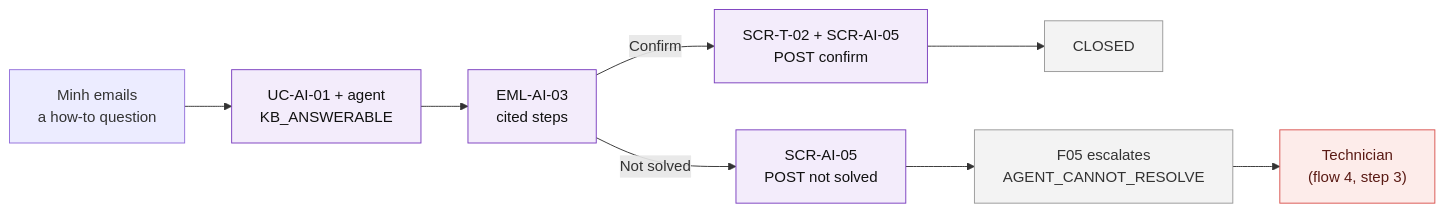
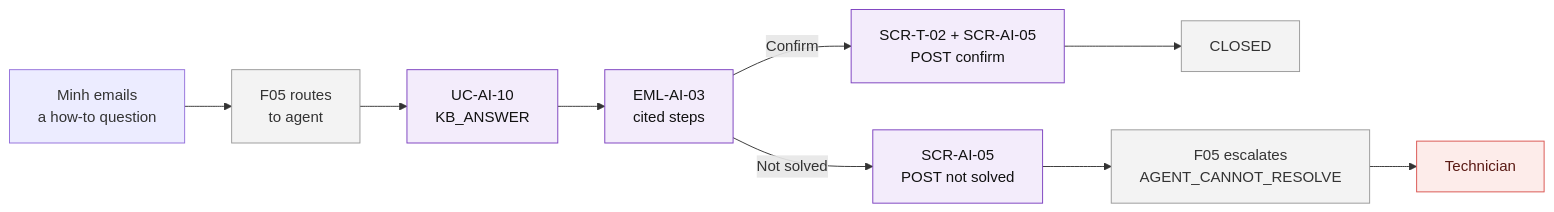
Before and after one commit to Akaza-ban/Fable: the second of 7 diagrams in docs/f04-ai-ticket-processing/information-architecture/02-user-flows.md, drawn with Mermaid. The commit also changed other lines of this file and 9 other files, not shown here.

First line of the commit message:
docs(F04): re-scope to processing after the new mind map (F05 routes, F04 processes)

````diff
--- a/docs/f04-ai-ticket-processing/information-architecture/02-user-flows.md
+++ b/docs/f04-ai-ticket-processing/information-architecture/02-user-flows.md
@@ -39,17 +41,18 @@
 ```mermaid
 flowchart LR
-    a["Minh emails<br/>a how-to question"] --> b["UC-AI-01 + agent<br/>KB_ANSWERABLE"]
-    b --> c["EML-AI-03<br/>cited steps"]
-    c -- "Confirm" --> d["SCR-T-02 + SCR-AI-05<br/>POST confirm"]
-    d --> e["CLOSED"]
-    c -- "Not solved" --> f["SCR-AI-05<br/>POST not solved"]
-    f --> g["F05 escalates<br/>AGENT_CANNOT_RESOLVE"]
-    g --> h["Technician<br/>(flow 4, step 3)"]
+    a["Minh emails<br/>a how-to question"] --> b["F05 routes<br/>to agent"]
+    b --> c["UC-AI-10<br/>KB_ANSWER"]
+    c --> d["EML-AI-03<br/>cited steps"]
+    d -- "Confirm" --> e["SCR-T-02 + SCR-AI-05<br/>POST confirm"]
+    e --> f["CLOSED"]
+    d -- "Not solved" --> g["SCR-AI-05<br/>POST not solved"]
+    g --> h["F05 escalates<br/>AGENT_CANNOT_RESOLVE"]
+    h --> i["Technician"]
 
     classDef f04 fill:#f3ecfb,color:#111,stroke:#7b3fbf
     classDef other fill:#f3f3f3,color:#333,stroke:#999
     classDef human fill:#fdecea,color:#5a1a14,stroke:#d9534f
-    class b,c,d,f f04
-    class e,g other
-    class h human
+    class c,d,e,g f04
+    class b,f,h other
+    class i human
 ```
````
